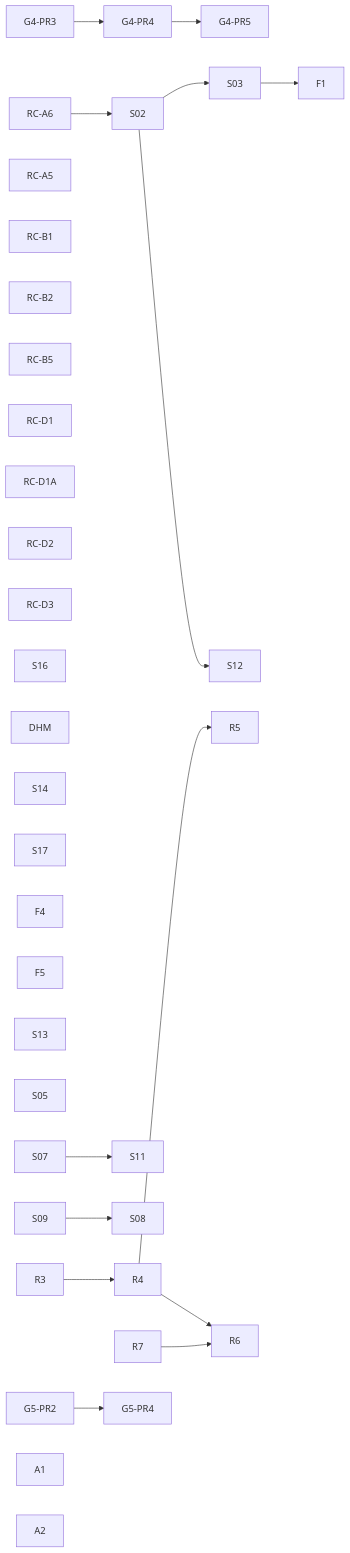
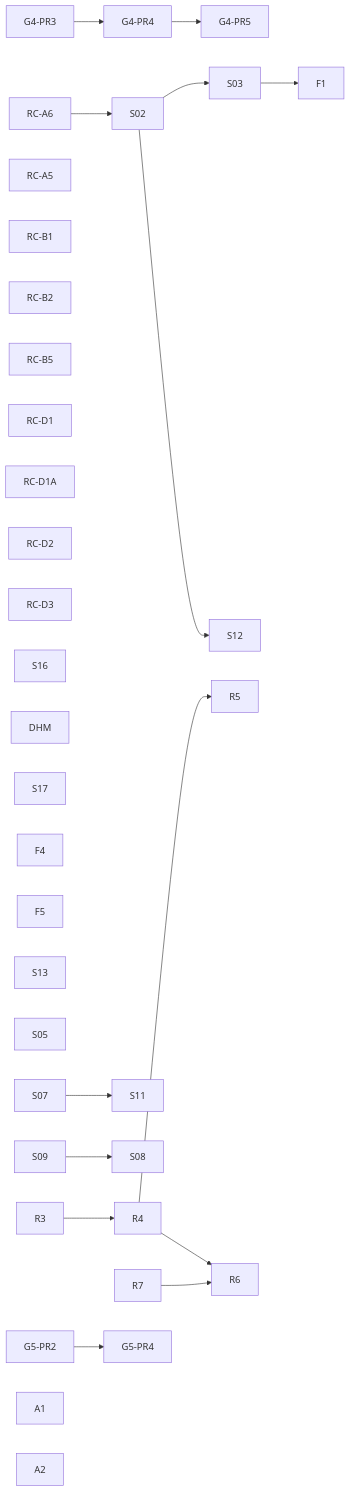
The diagram in docs/planning/state/open-task-route.md (dunay2/dvt), drawn with Mermaid before and after one commit. The commit also changed other lines of this file and 8 other files, not shown here.

````diff
--- a/docs/planning/state/open-task-route.md
+++ b/docs/planning/state/open-task-route.md
@@ -80,36 +79,35 @@
 ```mermaid
 flowchart LR
   G43[G4-PR3] --> G44[G4-PR4] --> G45[G4-PR5]
 
   RC_A6[RC-A6] --> S02[S02] --> S03[S03] --> F1[F1]
   RC_A5[RC-A5]
   RC_B1[RC-B1]
   RC_B2[RC-B2]
   RC_B5[RC-B5]
   RC_D1[RC-D1]
   RC_D1A[RC-D1A]
   RC_D2[RC-D2]
   RC_D3[RC-D3]
   S16[S16]
   DHM[DHM]
 
   S02 --> S12[S12]
-  S14[S14]
   S17[S17]
   F4[F4]
   F5[F5]
   S13[S13]
   S05[S05]
 
   S07[S07] --> S11[S11]
   S09[S09] --> S08[S08]
 
   R3[R3] --> R4[R4] --> R5[R5]
   R4 --> R6[R6]
   R7[R7] --> R6
 
   G52[G5-PR2] --> G54[G5-PR4]
   A1[A1]
   A2[A2]
   DHM
 ```
````
